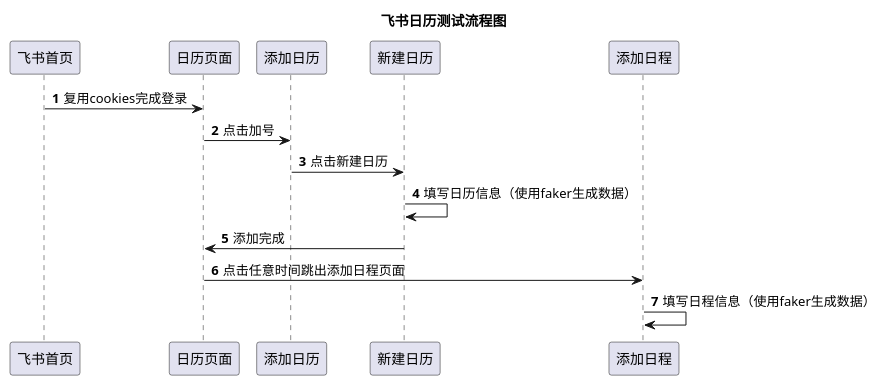
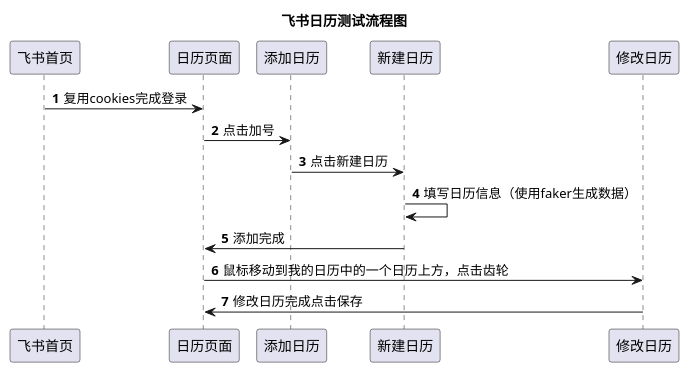
One commit to ti132520/pytest-vlog changed the diagram in test_feishu_20210822/feiShuTest.puml. Above: the diagram before and after it, drawn with PlantUML. The commit also changed 30 other files, not shown here.

```diff
--- a/test_feishu_20210822/feiShuTest.puml
+++ b/test_feishu_20210822/feiShuTest.puml
@@ -1,17 +1,17 @@
 @startuml
 'https://plantuml.com/use-case-diagram
 title: 飞书日历测试流程图
 participant  飞书首页 as Index
 participant  日历页面 as Calendar
 participant  添加日历 as AddCalendar
 participant  新建日历 as CreateCalendar
-participant  添加日程 as AddEvents
+participant  修改日历 as EditCalendar
 autonumber
 Index -> Calendar: 复用cookies完成登录
 Calendar -> AddCalendar: 点击加号
 AddCalendar -> CreateCalendar: 点击新建日历
 CreateCalendar -> CreateCalendar: 填写日历信息（使用faker生成数据）
 CreateCalendar -> Calendar: 添加完成
-Calendar -> AddEvents: 点击任意时间跳出添加日程页面
-AddEvents -> AddEvents: 填写日程信息（使用faker生成数据）
+Calendar -> EditCalendar: 鼠标移动到我的日历中的一个日历上方，点击齿轮
+EditCalendar -> Calendar: 修改日历完成点击保存
 @enduml
```
